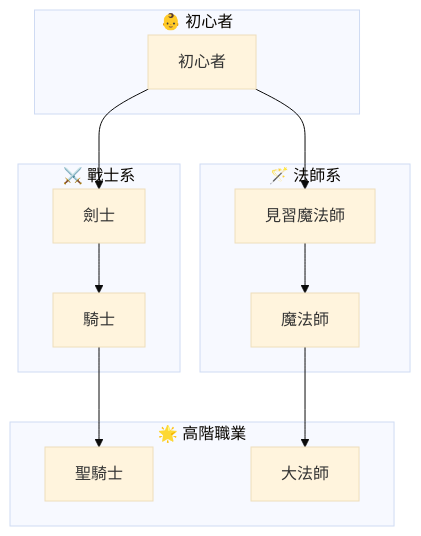
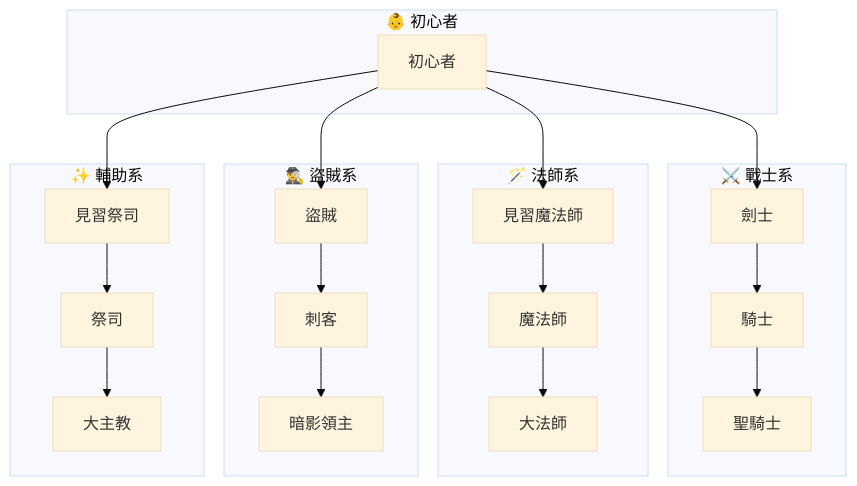
Before and after one commit to kuku0508/kuku_note_ver_2: the diagram in 知識/程式語言/Mermaid/語法/流程圖/子流程區域.md, drawn with Mermaid (base theme). The commit also changed 1 other file, not shown here.

Commit message:
vault backup: 2025-04-26 00:19:01

````diff
--- a/知識/程式語言/Mermaid/語法/流程圖/子流程區域.md
+++ b/知識/程式語言/Mermaid/語法/流程圖/子流程區域.md
@@ -3,37 +3,54 @@
 ```mermaid
 flowchart TD
 
-%% 跨子圖連結
+%% 跨子圖連結（初心者可轉四系）
 初心者 --> 劍士
 初心者 --> 見習魔法師
+初心者 --> 盜賊
+初心者 --> 見習祭司
 
+%% 中階轉高階
 劍士 --> 騎士
 見習魔法師 --> 魔法師
+盜賊 --> 刺客
+見習祭司 --> 祭司
 
 騎士 --> 聖騎士
 魔法師 --> 大法師
+刺客 --> 暗影領主
+祭司 --> 大主教
 
 %% 初心者子圖
 subgraph beginner [👶 初心者]
     初心者["初心者"]
 end
 
 %% 戰士系子圖
 subgraph warrior [⚔️ 戰士系]
     劍士["劍士"]
     騎士["騎士"]
+    聖騎士["聖騎士"]
 end
 
 %% 法師系子圖
 subgraph mage [🪄 法師系]
     見習魔法師["見習魔法師"]
     魔法師["魔法師"]
-end
-
-%% 高階職業子圖
-subgraph advanced [🌟 高階職業]
-    聖騎士["聖騎士"]
     大法師["大法師"]
 end
 
+%% 盜賊系子圖
+subgraph rogue [🕵️‍♂️ 盜賊系]
+    盜賊["盜賊"]
+    刺客["刺客"]
+    暗影領主["暗影領主"]
+end
+
+%% 輔助系子圖
+subgraph support [✨ 輔助系]
+    見習祭司["見習祭司"]
+    祭司["祭司"]
+    大主教["大主教"]
+end
+
 ```
````
